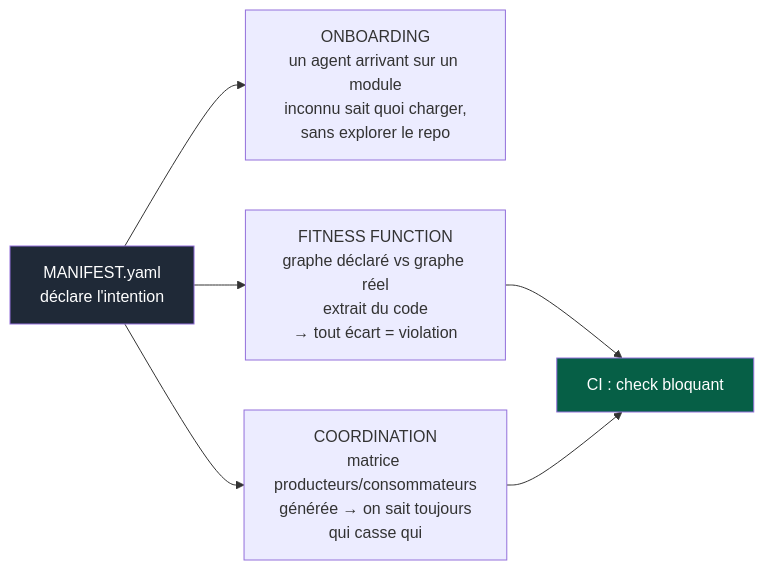
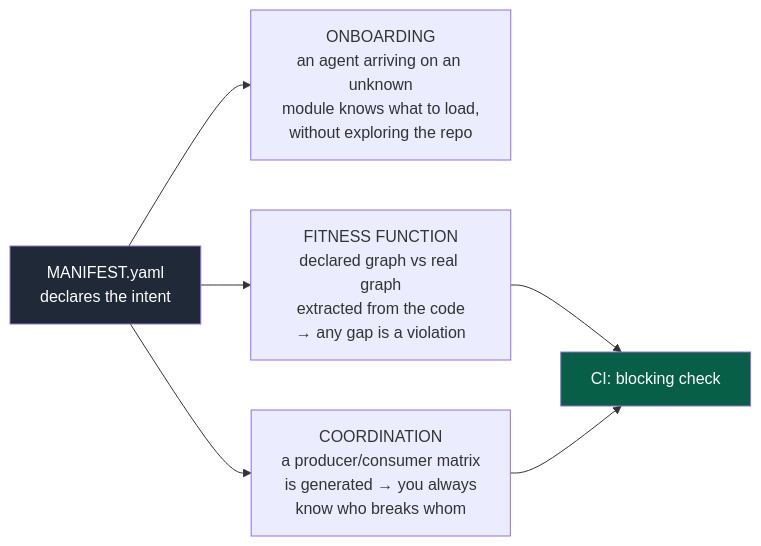
Before and after one commit to NapkinStack/engineering-os: the third of 5 diagrams in skeleton/docs/os/02-modules.md, drawn with Mermaid. The commit also changed other lines of this file and 87 other files, not shown here.

````diff
--- a/skeleton/docs/os/02-modules.md
+++ b/skeleton/docs/os/02-modules.md
@@ -174,16 +176,16 @@
 ```mermaid
 flowchart LR
-    MF["MANIFEST.yaml<br/>déclare l'intention"]
+    MF["MANIFEST.yaml<br/>declares the intent"]
 
-    MF --> U1["ONBOARDING<br/>un agent arrivant sur un module<br/>inconnu sait quoi charger,<br/>sans explorer le repo"]
+    MF --> U1["ONBOARDING<br/>an agent arriving on an unknown<br/>module knows what to load,<br/>without exploring the repo"]
 
-    MF --> U2["FITNESS FUNCTION<br/>graphe déclaré vs graphe réel<br/>extrait du code<br/>→ tout écart = violation"]
+    MF --> U2["FITNESS FUNCTION<br/>declared graph vs real graph<br/>extracted from the code<br/>→ any gap is a violation"]
 
-    MF --> U3["COORDINATION<br/>matrice producteurs/consommateurs<br/>générée → on sait toujours<br/>qui casse qui"]
+    MF --> U3["COORDINATION<br/>a producer/consumer matrix<br/>is generated → you always<br/>know who breaks whom"]
 
-    U2 --> CI["CI : check bloquant"]
+    U2 --> CI["CI: blocking check"]
     U3 --> CI
 
     style MF fill:#1f2937,color:#fff
     style CI fill:#065f46,color:#fff
 ```
````
